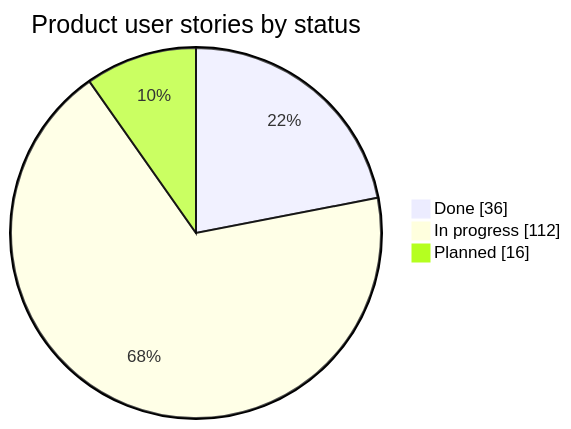
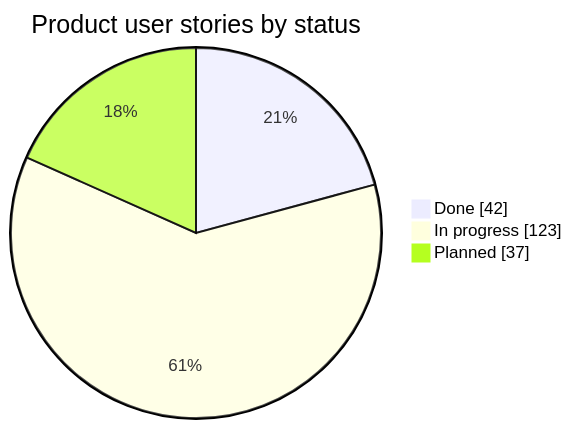
Before and after one commit to PflanzenDex/PflanzenDex: the first of 3 diagrams in README.md, drawn with Mermaid. The commit also changed other lines of this file and 61 other files, not shown here.

````diff
--- a/README.md
+++ b/README.md
@@ -33,6 +36,6 @@
 ```mermaid
 pie showData title Product user stories by status
-  "Done" : 36
-  "In progress" : 112
-  "Planned" : 16
+  "Done" : 42
+  "In progress" : 123
+  "Planned" : 37
 ```
````
